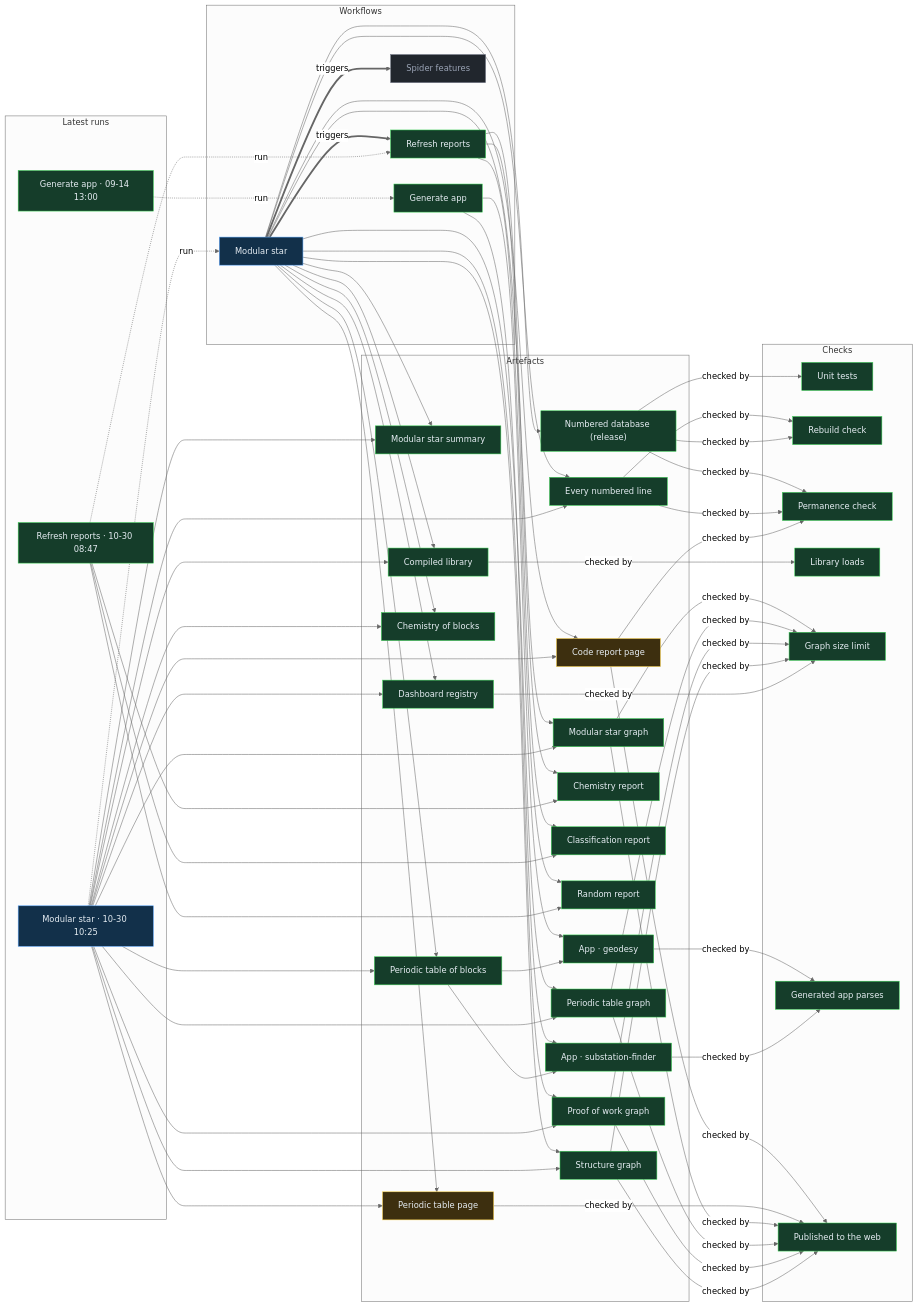
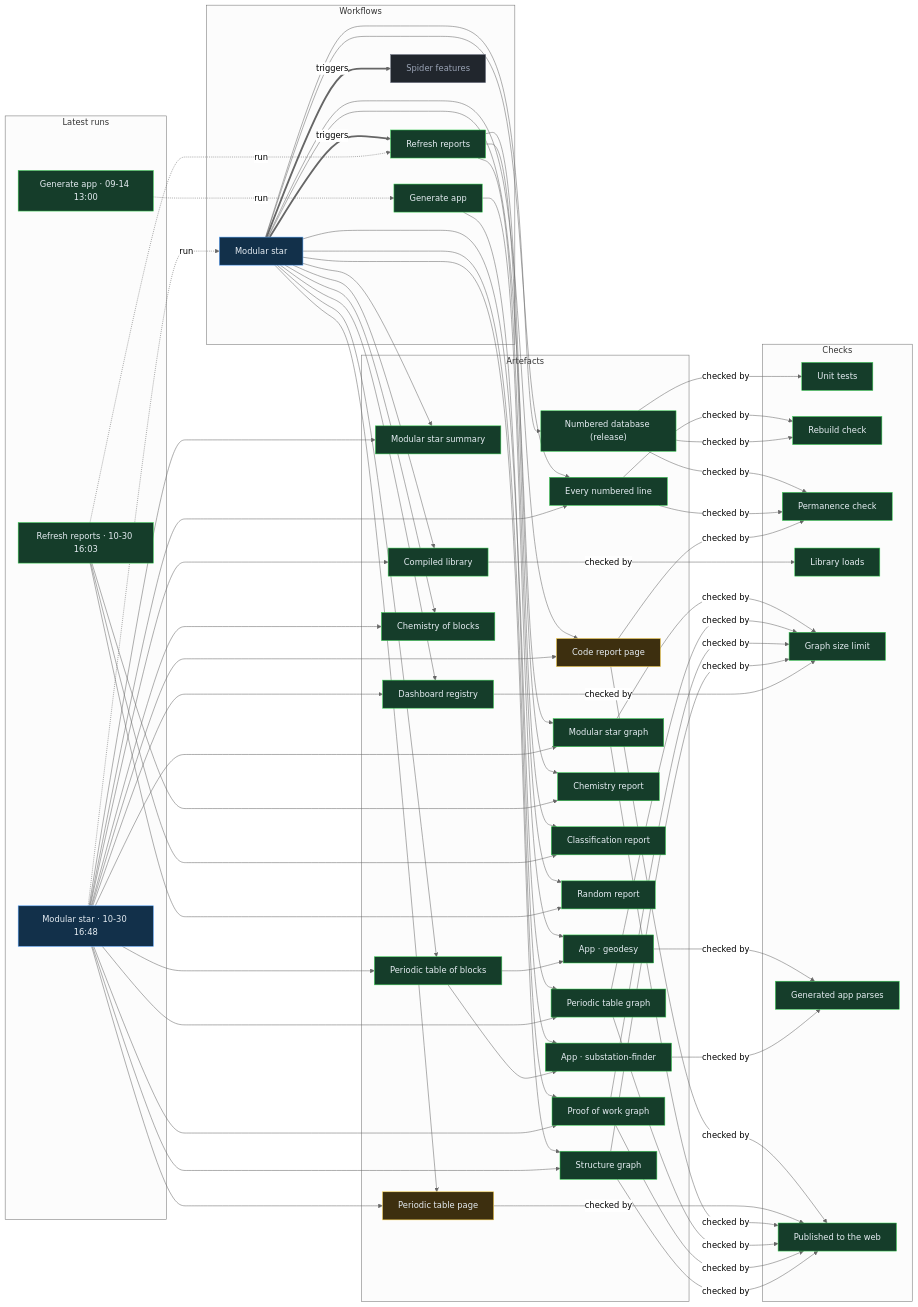
The diagram in proof/PROOF.md (Ventusltd/stars), drawn with Mermaid (neutral theme) before and after one commit. The commit also changed other lines of this file and 52 other files, not shown here.

Commit message:
Modular star 2026-10-30T16:50Z

```diff
--- a/proof/PROOF.md
+++ b/proof/PROOF.md
@@ -24,8 +24,8 @@
   n_wf_spider_features["Spider features"]:::off
   end
   subgraph g_runs["Latest runs"]
-  n_run_41040652334["Modular star · 10-30 10:25"]:::live
-  n_run_41028803034["Refresh reports · 10-30 08:47"]:::ok
+  n_run_41093153585["Modular star · 10-30 16:48"]:::live
+  n_run_41086323630["Refresh reports · 10-30 16:03"]:::ok
   n_run_34846587798["Generate app · 09-14 13:00"]:::ok
   end
   subgraph g_artefacts["Artefacts"]
@@ -59,39 +59,39 @@
   end
   n_wf_modular_star == triggers ==> n_wf_refresh
   n_wf_modular_star == triggers ==> n_wf_spider_features
-  n_run_41040652334 -. run .-> n_wf_modular_star
-  n_run_41028803034 -. run .-> n_wf_refresh
+  n_run_41093153585 -. run .-> n_wf_modular_star
+  n_run_41086323630 -. run .-> n_wf_refresh
   n_run_34846587798 -. run .-> n_wf_generate
   n_wf_modular_star --> n_art_summary
-  n_run_41040652334 --> n_art_summary
+  n_run_41093153585 --> n_art_summary
   n_wf_modular_star --> n_art_lines
-  n_run_41040652334 --> n_art_lines
+  n_run_41093153585 --> n_art_lines
   n_wf_modular_star --> n_art_code
-  n_run_41040652334 --> n_art_code
+  n_run_41093153585 --> n_art_code
   n_wf_modular_star --> n_art_modular_graph
-  n_run_41040652334 --> n_art_modular_graph
+  n_run_41093153585 --> n_art_modular_graph
   n_wf_modular_star --> n_art_blocks
-  n_run_41040652334 --> n_art_blocks
+  n_run_41093153585 --> n_art_blocks
   n_wf_modular_star --> n_art_table
-  n_run_41040652334 --> n_art_table
+  n_run_41093153585 --> n_art_table
   n_wf_modular_star --> n_art_blocks_graph
-  n_run_41040652334 --> n_art_blocks_graph
+  n_run_41093153585 --> n_art_blocks_graph
   n_wf_modular_star --> n_art_reactions
-  n_run_41040652334 --> n_art_reactions
+  n_run_41093153585 --> n_art_reactions
   n_wf_modular_star --> n_art_library
-  n_run_41040652334 --> n_art_library
+  n_run_41093153585 --> n_art_library
   n_wf_modular_star --> n_art_features
-  n_run_41040652334 --> n_art_features
+  n_run_41093153585 --> n_art_features
   n_wf_modular_star --> n_art_proof
-  n_run_41040652334 --> n_art_proof
+  n_run_41093153585 --> n_art_proof
   n_wf_modular_star --> n_art_structure
-  n_run_41040652334 --> n_art_structure
+  n_run_41093153585 --> n_art_structure
   n_wf_refresh --> n_art_chemistry
-  n_run_41028803034 --> n_art_chemistry
+  n_run_41086323630 --> n_art_chemistry
   n_wf_refresh --> n_art_vedic
-  n_run_41028803034 --> n_art_vedic
+  n_run_41086323630 --> n_art_vedic
   n_wf_refresh --> n_art_random
-  n_run_41028803034 --> n_art_random
+  n_run_41086323630 --> n_art_random
   n_wf_modular_star --> n_art_release
   n_wf_generate --> n_app_geodesy
   n_art_blocks --> n_app_geodesy
```
